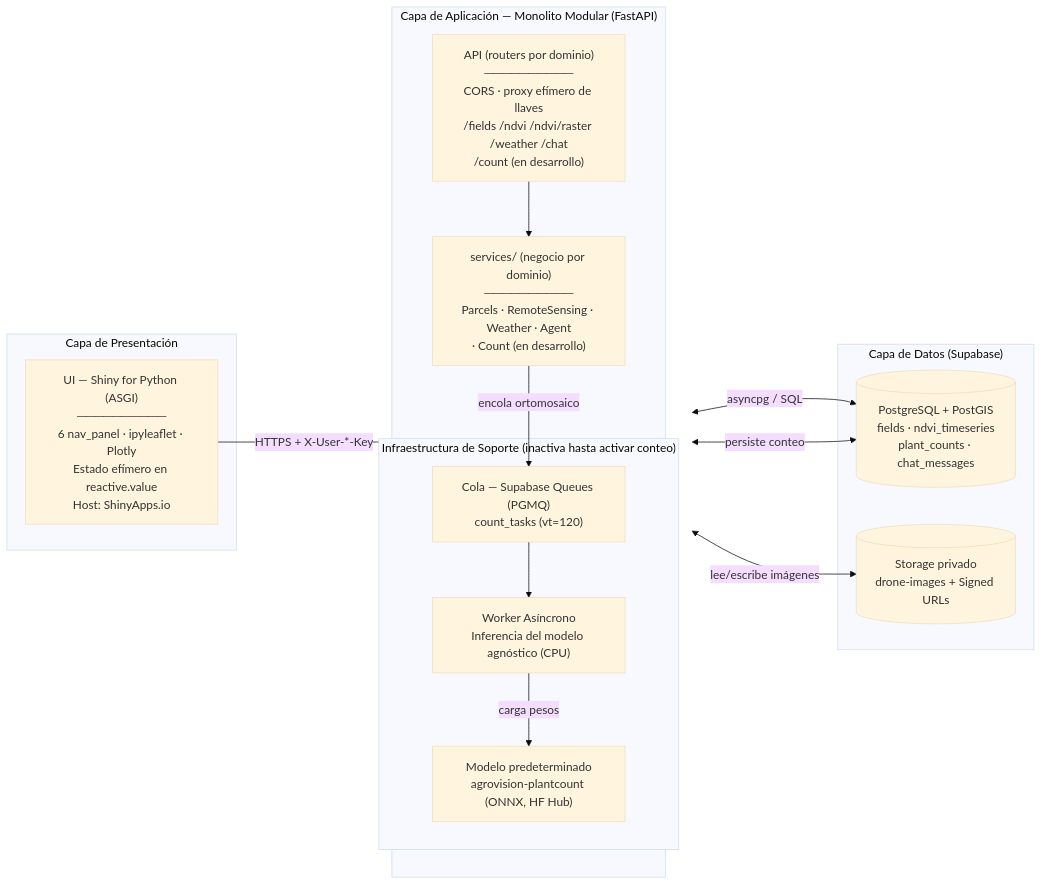
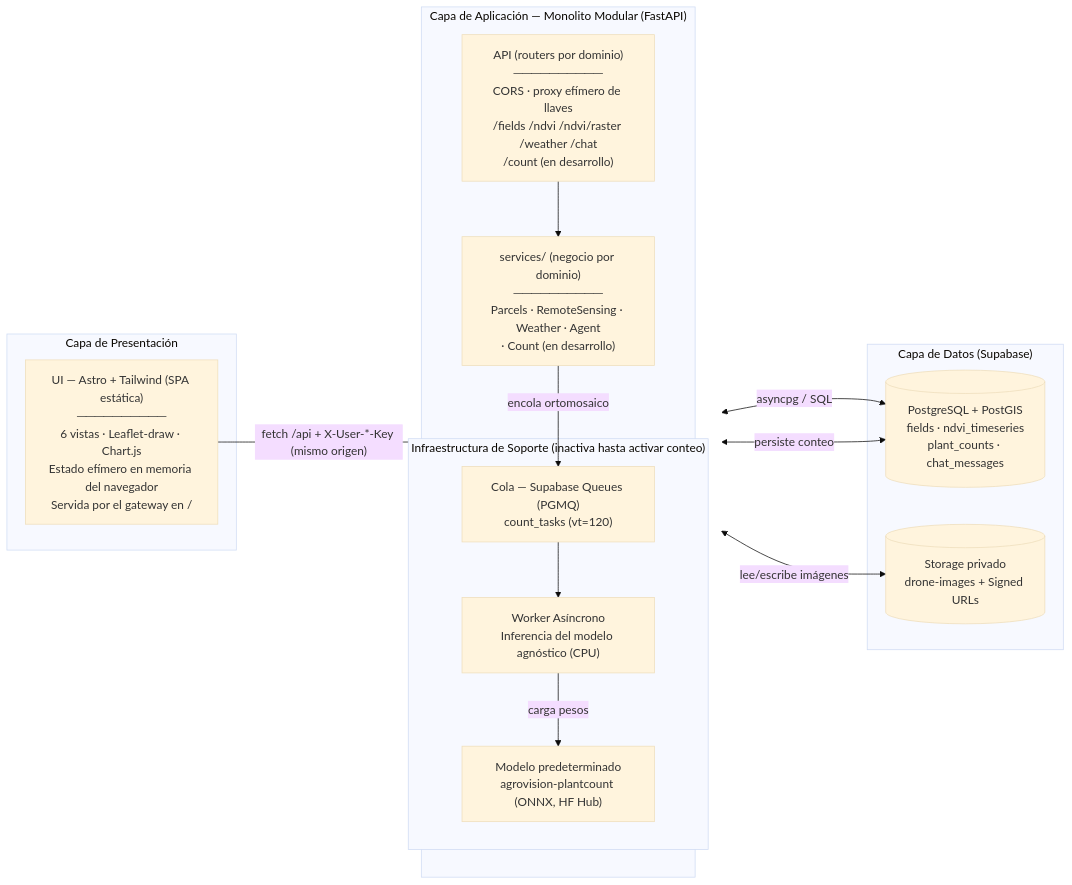
The second of 7 diagrams in docs/architect/architecture_agrovision.md (AlexPrietoRomani/AgroVision), drawn with Mermaid (base theme) before and after one commit. The commit also changed other lines of this file and 3 other files, not shown here.

Commit message:
docs: actualiza arquitectura/README/definición/ejecución a Astro+HF Spaces sin Shiny + §8 seguridad

````diff
--- a/docs/architect/architecture_agrovision.md
+++ b/docs/architect/architecture_agrovision.md
@@ -55,31 +59,31 @@
 ```mermaid
 flowchart LR
     subgraph Cliente["Capa de Presentación"]
-        UI["UI — Shiny for Python (ASGI)<br/>──────────<br/>6 nav_panel · ipyleaflet · Plotly<br/>Estado efímero en reactive.value<br/>Host: ShinyApps.io"]
+        UI["UI — Astro + Tailwind (SPA estática)<br/>──────────<br/>6 vistas · Leaflet-draw · Chart.js<br/>Estado efímero en memoria del navegador<br/>Servida por el gateway en /"]
     end
 
     subgraph Backend["Capa de Aplicación — Monolito Modular (FastAPI)"]
         direction TB
         API["API (routers por dominio)<br/>──────────<br/>CORS · proxy efímero de llaves<br/>/fields /ndvi /ndvi/raster /weather /chat<br/>/count (en desarrollo)"]
         LOGIC["services/ (negocio por dominio)<br/>──────────<br/>Parcels · RemoteSensing · Weather · Agent<br/>· Count (en desarrollo)"]
         subgraph Infra["Infraestructura de Soporte (inactiva hasta activar conteo)"]
             QUEUE["Cola — Supabase Queues (PGMQ)<br/>count_tasks (vt=120)"]
             WORKER["Worker Asíncrono<br/>Inferencia del modelo agnóstico (CPU)"]
             MODEL["Modelo predeterminado<br/>agrovision-plantcount (ONNX, HF Hub)"]
         end
     end
 
     subgraph Datos["Capa de Datos (Supabase)"]
         DB[("PostgreSQL + PostGIS<br/>fields · ndvi_timeseries<br/>plant_counts · chat_messages")]
         ST[("Storage privado<br/>drone-images + Signed URLs")]
     end
 
-    UI -->|"HTTPS + X-User-*-Key"| API
+    UI -->|"fetch /api + X-User-*-Key (mismo origen)"| API
     API --> LOGIC
     LOGIC -->|"encola ortomosaico"| QUEUE
     QUEUE --> WORKER
     WORKER -->|"carga pesos"| MODEL
     LOGIC <-->|"asyncpg / SQL"| DB
     WORKER <-->|"persiste conteo"| DB
     WORKER <-->|"lee/escribe imágenes"| ST
 ```
````
